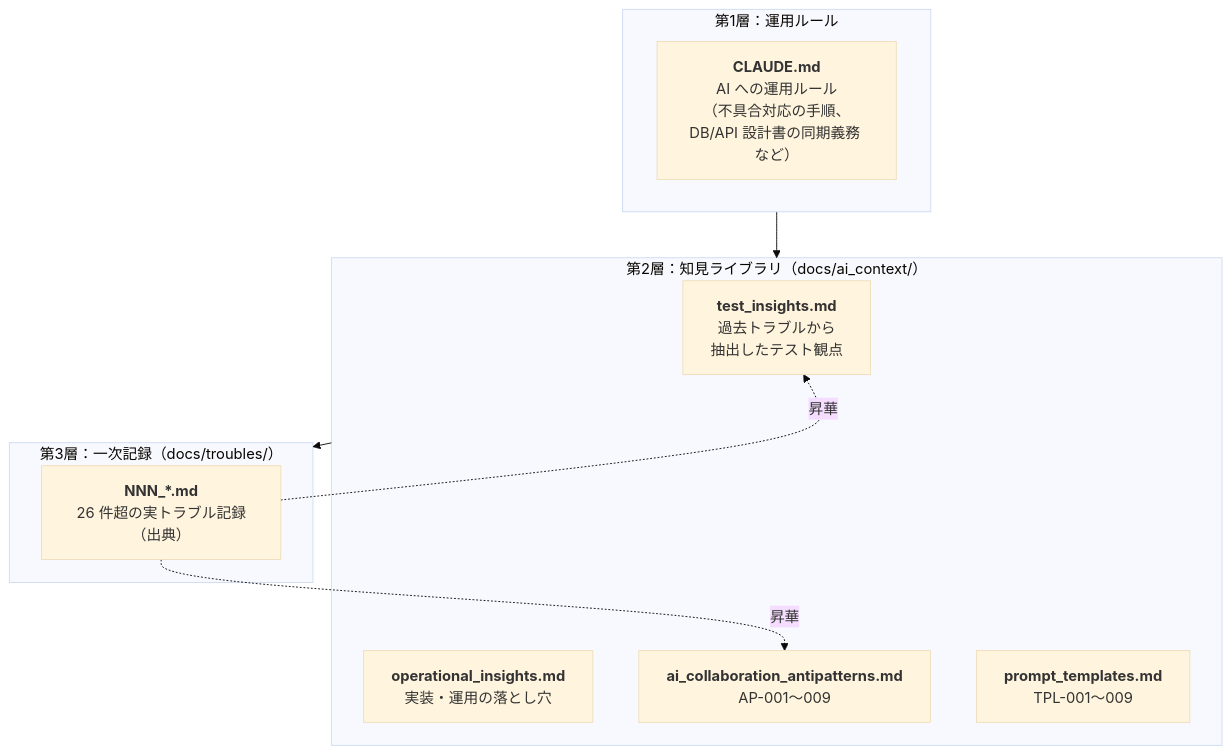
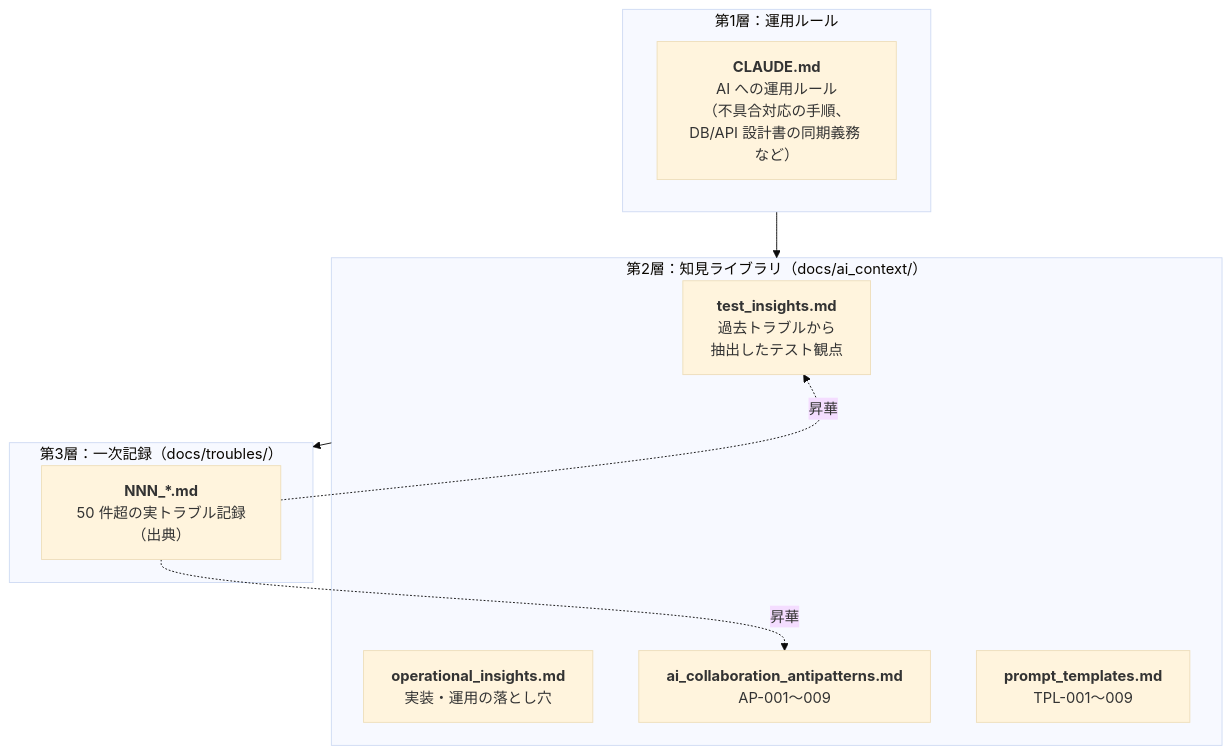
One commit to Tetsu0222/amazia changed the diagram in README.md. Above: the diagram before and after it, drawn with Mermaid (base theme). The commit also changed other lines of this file, not shown here.

````diff
--- a/README.md
+++ b/README.md
@@ -40,22 +40,22 @@
 ```mermaid
 flowchart TB
     subgraph L1["第1層：運用ルール"]
         CLAUDE["<b>CLAUDE.md</b><br/>AI への運用ルール<br/>（不具合対応の手順、<br/>DB/API 設計書の同期義務 など）"]
     end
 
     subgraph L2["第2層：知見ライブラリ（docs/ai_context/）"]
         TEST["<b>test_insights.md</b><br/>過去トラブルから<br/>抽出したテスト観点"]
         OPS["<b>operational_insights.md</b><br/>実装・運用の落とし穴"]
         AP["<b>ai_collaboration_antipatterns.md</b><br/>AP-001〜009"]
         TPL["<b>prompt_templates.md</b><br/>TPL-001〜009"]
     end
 
     subgraph L3["第3層：一次記録（docs/troubles/）"]
-        TRB["<b>NNN_*.md</b><br/>26 件超の実トラブル記録（出典）"]
+        TRB["<b>NNN_*.md</b><br/>50 件超の実トラブル記録（出典）"]
     end
 
     L1 --> L2
     L2 --> L3
     TRB -.昇華.-> TEST
     TRB -.昇華.-> AP
 ```
````
